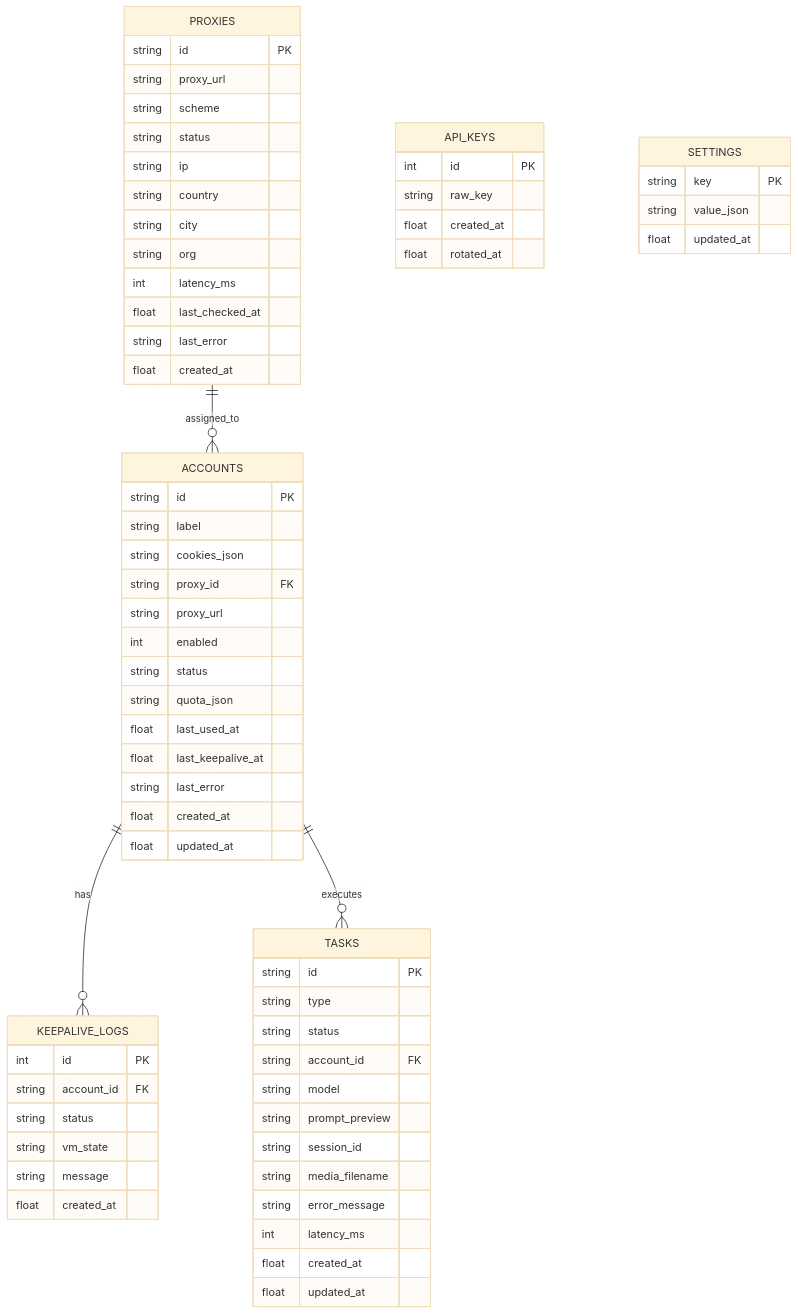
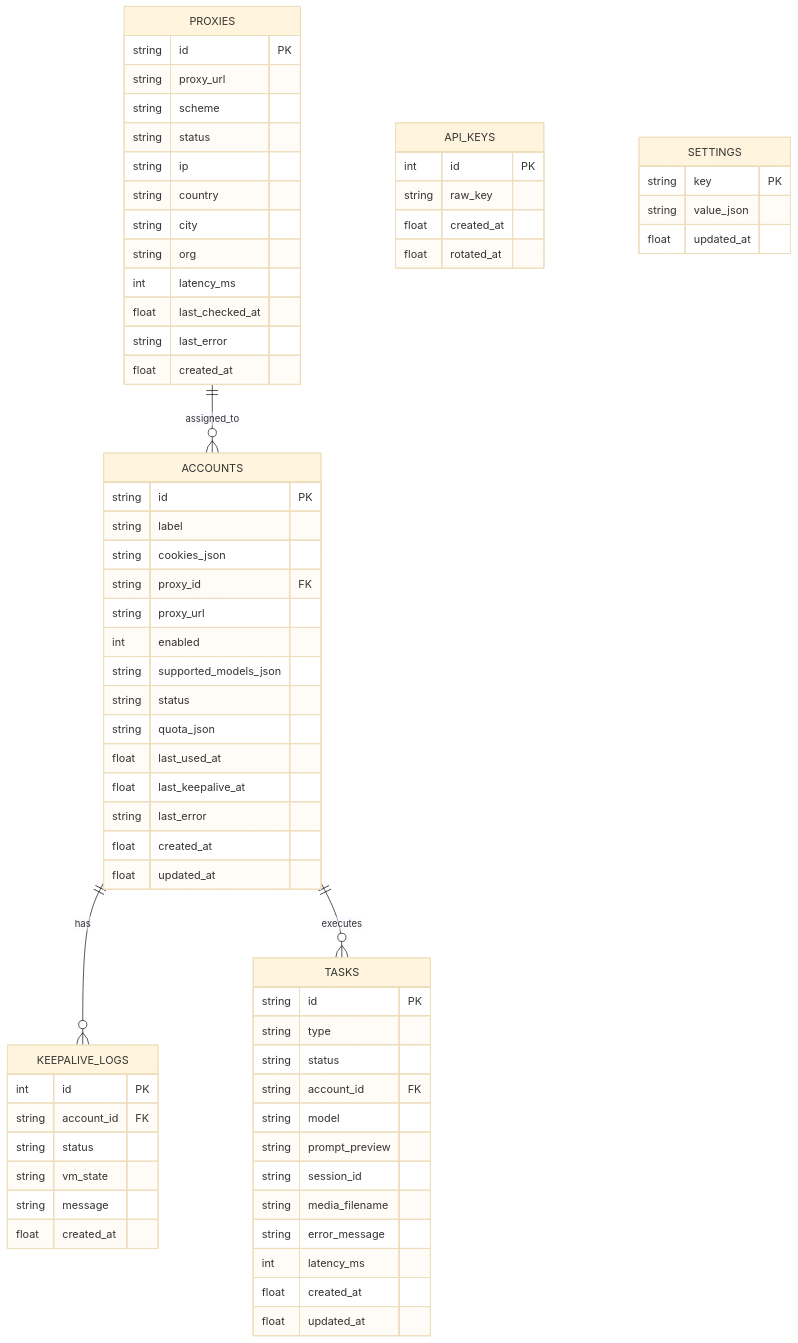
The diagram in docs/02_basic_design/02_database/erd.md (nguyenduclong-ict/muse2api), drawn with Mermaid (base theme) before and after one commit. The commit also changed 57 other files, not shown here.

````diff
--- a/docs/02_basic_design/02_database/erd.md
+++ b/docs/02_basic_design/02_database/erd.md
@@ -5,74 +5,75 @@
 ```mermaid
 erDiagram
     PROXIES {
         string id PK
         string proxy_url
         string scheme
         string status
         string ip
         string country
         string city
         string org
         int latency_ms
         float last_checked_at
         string last_error
         float created_at
     }
 
     ACCOUNTS {
         string id PK
         string label
         string cookies_json
         string proxy_id FK
         string proxy_url
         int enabled
+        string supported_models_json
         string status
         string quota_json
         float last_used_at
         float last_keepalive_at
         string last_error
         float created_at
         float updated_at
     }
 
     KEEPALIVE_LOGS {
         int id PK
         string account_id FK
         string status
         string vm_state
         string message
         float created_at
     }
 
     TASKS {
         string id PK
         string type
         string status
         string account_id FK
         string model
         string prompt_preview
         string session_id
         string media_filename
         string error_message
         int latency_ms
         float created_at
         float updated_at
     }
 
     API_KEYS {
         int id PK
         string raw_key
         float created_at
         float rotated_at
     }
 
     SETTINGS {
         string key PK
         string value_json
         float updated_at
     }
 
     PROXIES ||--o{ ACCOUNTS : "assigned_to"
     ACCOUNTS ||--o{ KEEPALIVE_LOGS : "has"
     ACCOUNTS ||--o{ TASKS : "executes"
 ```
````
